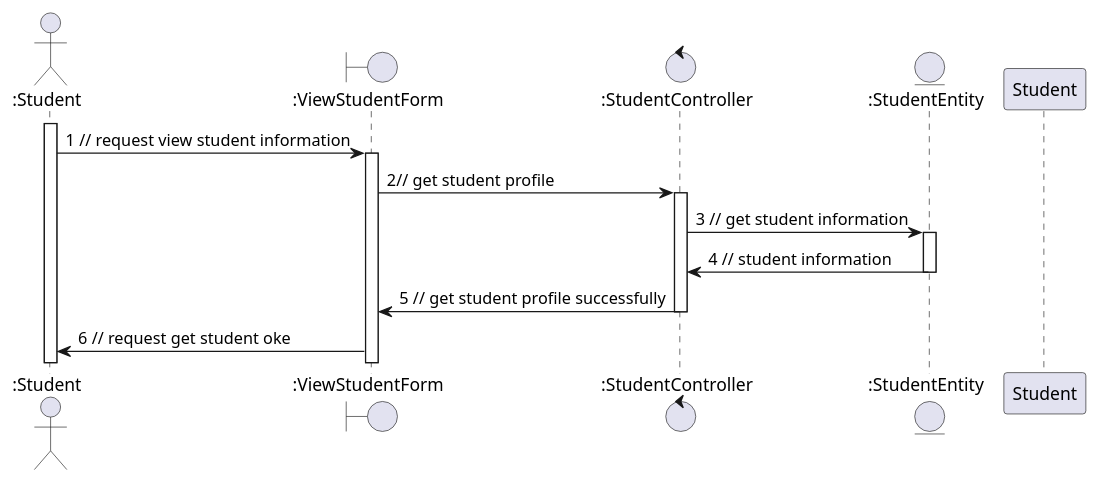
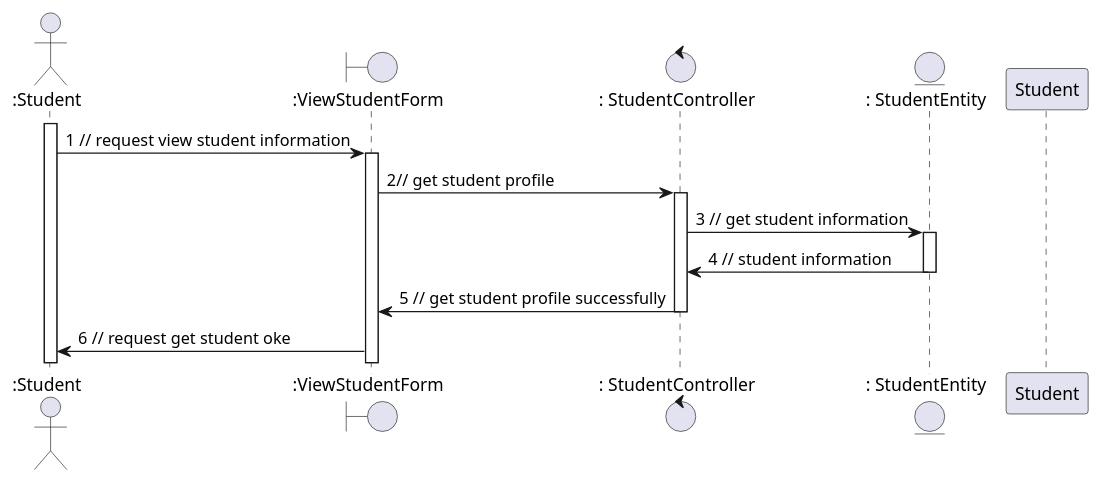
The diagram in sequence - analaysis/student /viewStudent.plantuml (anonyhostvn/OOAD-Diagram), drawn with PlantUML before and after one commit. The commit also changed 13 other files, not shown here.

```diff
--- a/sequence - analaysis/student /viewStudent.plantuml
+++ b/sequence - analaysis/student /viewStudent.plantuml
@@ -1,22 +1,22 @@
 @startuml viewStudent
 
 actor ":Student"
 boundary ":ViewStudentForm"
-control ":StudentController"
-entity ":StudentEntity"
+control ": StudentController"
+entity ": StudentEntity"
 
 activate ":Student"
 ":Student" -> ":ViewStudentForm": 1 // request view student information
 activate ":ViewStudentForm"
-":ViewStudentForm" -> ":StudentController": 2// get student profile
-activate ":StudentController"
-":StudentController" -> ":StudentEntity": 3 // get student information
-activate ":StudentEntity"
-":StudentEntity" -> ":StudentController": 4 // student information
-deactivate ":StudentEntity"
-":StudentController" -> ":ViewStudentForm": 5 // get student profile successfully
-deactivate ":StudentController"
+":ViewStudentForm" -> ": StudentController": 2// get student profile
+activate ": StudentController"
+": StudentController" -> ": StudentEntity": 3 // get student information
+activate ": StudentEntity"
+": StudentEntity" -> ": StudentController": 4 // student information
+deactivate ": StudentEntity"
+": StudentController" -> ":ViewStudentForm": 5 // get student profile successfully
+deactivate ": StudentController"
 ":ViewStudentForm" -> ":Student": 6 // request get student oke
 deactivate "Student"
 
 @enduml
```
